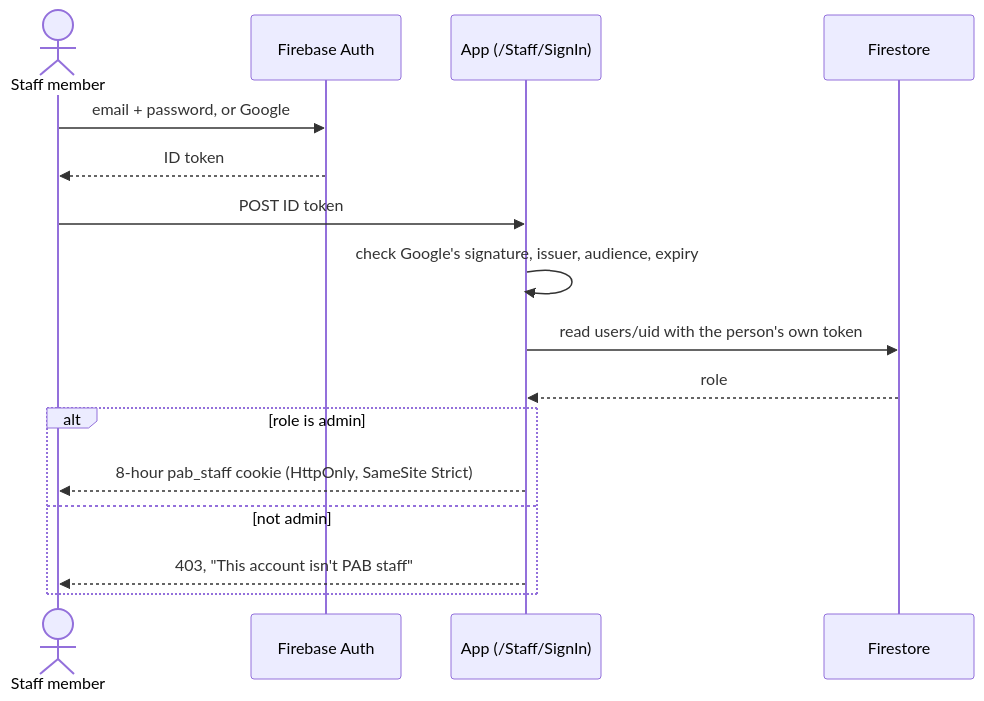
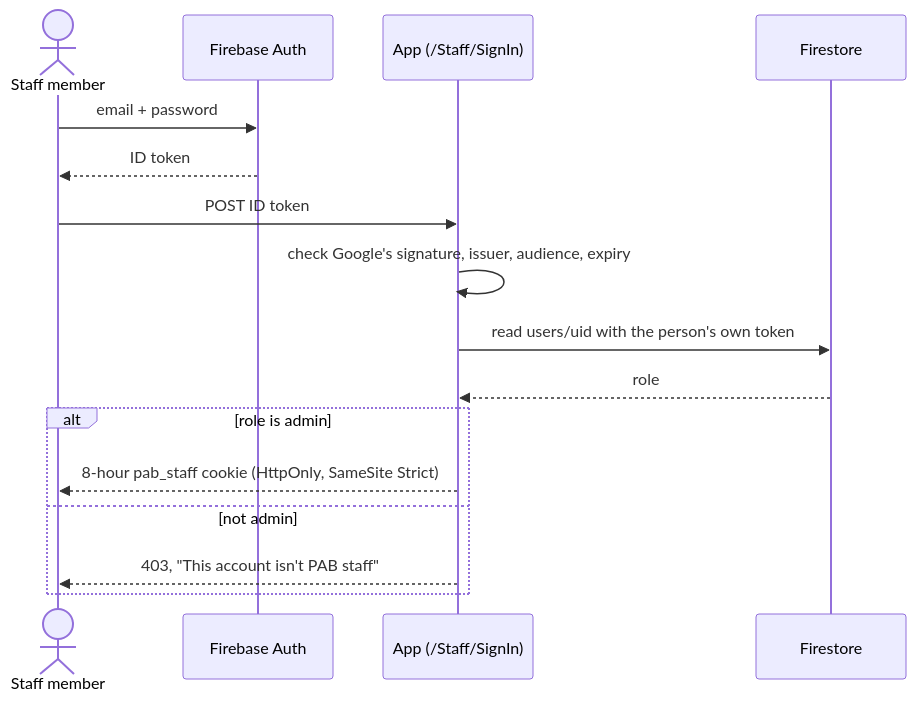
One commit to Kwethukubonga/PAB_WebApp changed the third of 3 diagrams in docs/ARCHITECTURE.md. Above: the diagram before and after it, drawn with Mermaid. The commit also changed 1 other file, not shown here.

Commit message:
Update the docs for email-only staff sign-in

````diff
--- a/docs/ARCHITECTURE.md
+++ b/docs/ARCHITECTURE.md
@@ -134,19 +134,19 @@
 ```mermaid
 sequenceDiagram
     actor St as Staff member
     participant FA as Firebase Auth
     participant A as App (/Staff/SignIn)
     participant FS as Firestore
 
-    St->>FA: email + password, or Google
+    St->>FA: email + password
     FA-->>St: ID token
     St->>A: POST ID token
     A->>A: check Google's signature, issuer, audience, expiry
     A->>FS: read users/uid with the person's own token
     FS-->>A: role
     alt role is admin
         A-->>St: 8-hour pab_staff cookie (HttpOnly, SameSite Strict)
     else not admin
         A-->>St: 403, "This account isn't PAB staff"
     end
 ```
````
